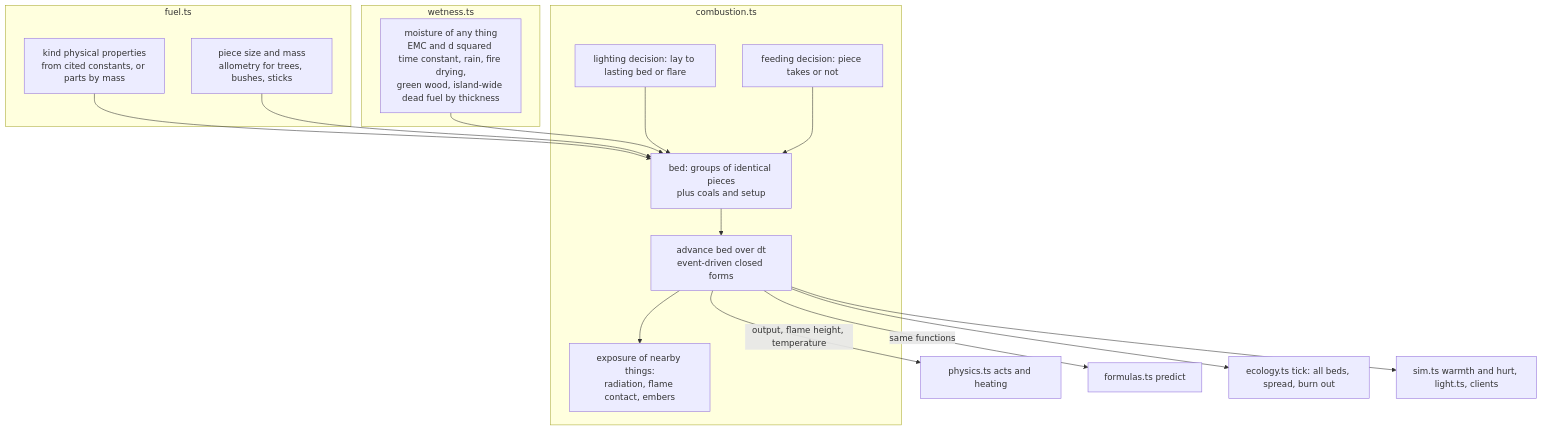
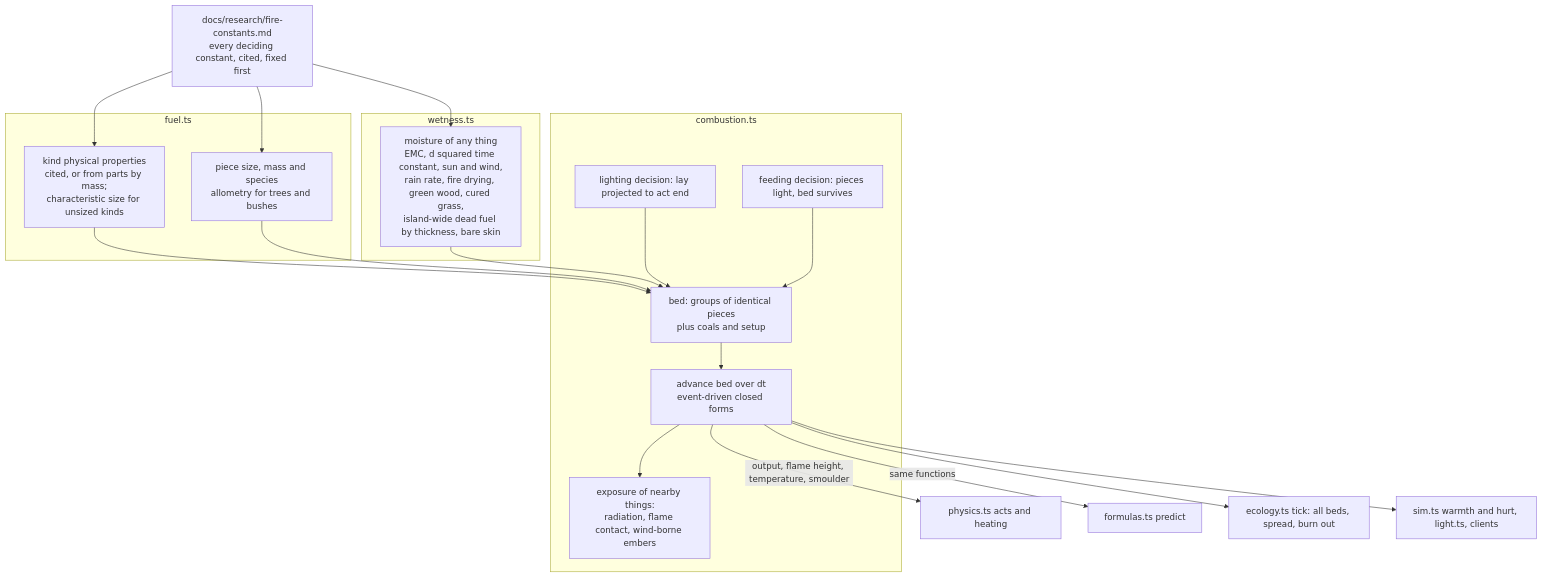
One commit to AStox/nomads changed the diagram in docs/plans/2026-10-07-001-feat-fire-heat-physics-plan.md. Above: the diagram before and after it, drawn with Mermaid. The commit also changed other lines of this file, not shown here.

First line of the commit message:
Fold four plan reviews into the fire physics plan

````diff
--- a/docs/plans/2026-10-07-001-feat-fire-heat-physics-plan.md
+++ b/docs/plans/2026-10-07-001-feat-fire-heat-physics-plan.md
@@ -221,28 +256,32 @@
 ```mermaid
 flowchart TB
+  C[docs/research/fire-constants.md<br/>every deciding constant, cited, fixed first]
   subgraph fuel.ts
-    K[kind physical properties<br/>from cited constants, or parts by mass]
-    S[piece size and mass<br/>allometry for trees, bushes, sticks]
+    K[kind physical properties<br/>cited, or from parts by mass;<br/>characteristic size for unsized kinds]
+    S[piece size, mass and species<br/>allometry for trees and bushes]
   end
   subgraph wetness.ts
-    M[moisture of any thing<br/>EMC and d squared time constant, rain, fire drying,<br/>green wood, island-wide dead fuel by thickness]
+    M[moisture of any thing<br/>EMC, d squared time constant, sun and wind,<br/>rain rate, fire drying, green wood, cured grass,<br/>island-wide dead fuel by thickness, bare skin]
   end
   subgraph combustion.ts
     B[bed: groups of identical pieces<br/>plus coals and setup]
     A[advance bed over dt<br/>event-driven closed forms]
-    L[lighting decision: lay to lasting bed or flare]
-    F[feeding decision: piece takes or not]
-    X[exposure of nearby things:<br/>radiation, flame contact, embers]
+    L[lighting decision: lay projected to act end]
+    F[feeding decision: pieces light, bed survives]
+    X[exposure of nearby things:<br/>radiation, flame contact, wind-borne embers]
   end
+  C --> K
+  C --> S
+  C --> M
   K --> B
   S --> B
   M --> B
   B --> A
   A --> X
   L --> B
   F --> B
-  A -->|output, flame height, temperature| P[physics.ts acts and heating]
+  A -->|output, flame height, temperature, smoulder| P[physics.ts acts and heating]
   A -->|same functions| FM[formulas.ts predict]
   A --> E[ecology.ts tick: all beds, spread, burn out]
   A --> W[sim.ts warmth and hurt, light.ts, clients]
 ```
````
